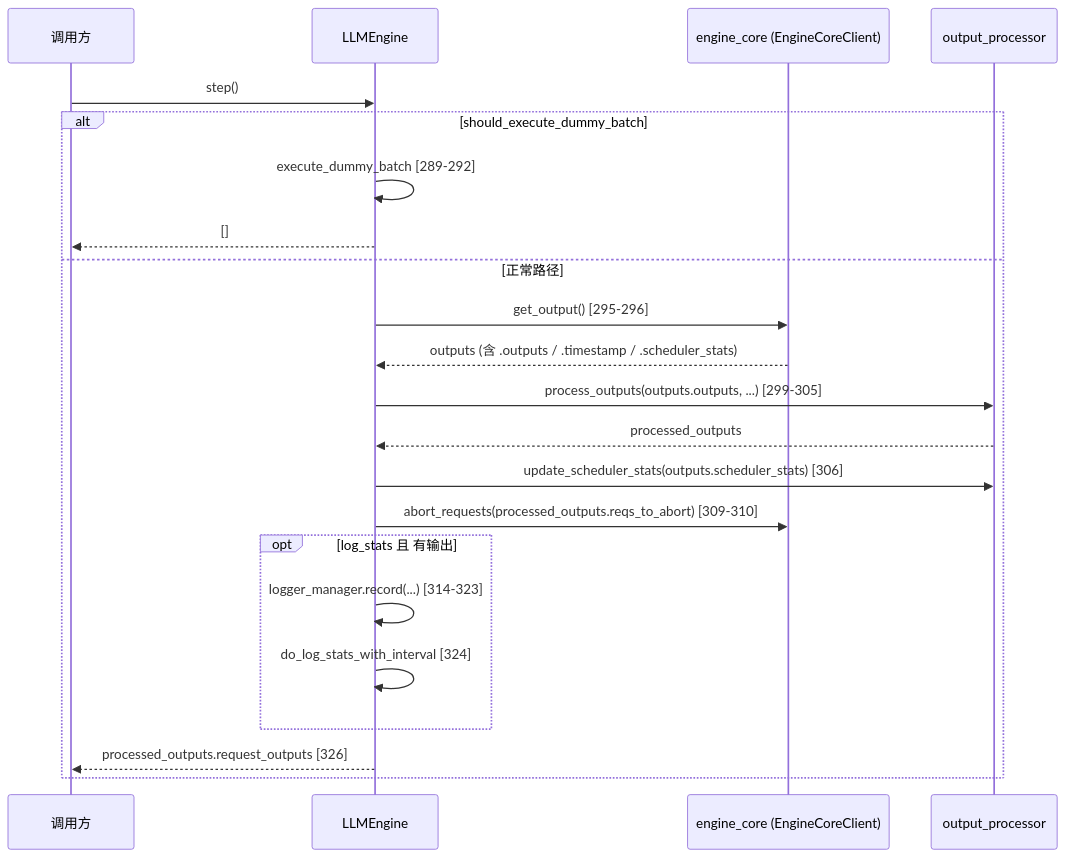
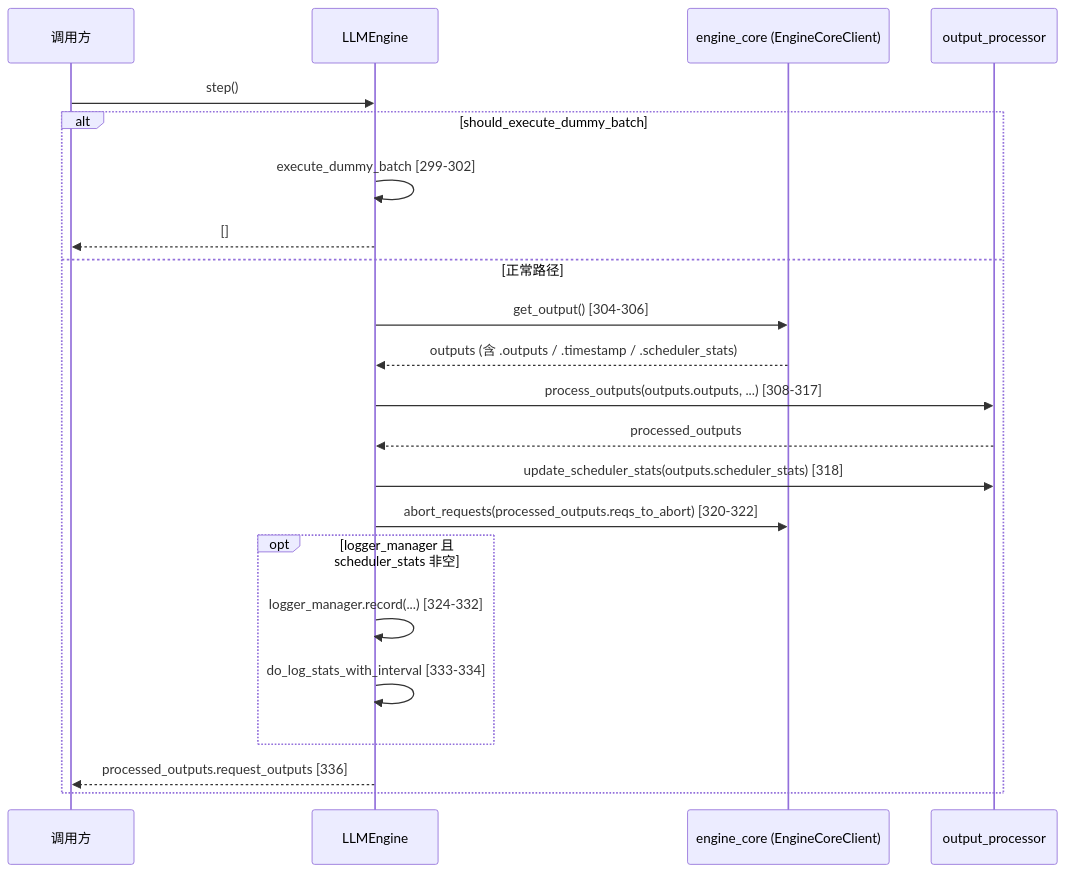
The second of 2 diagrams in vllm/entities/LLMEngine.md (learning-sketch/wiki), drawn with Mermaid before and after one commit. The commit also changed other lines of this file, not shown here.

````diff
--- a/vllm/entities/LLMEngine.md
+++ b/vllm/entities/LLMEngine.md
@@ -105,24 +106,24 @@
 ```mermaid
 sequenceDiagram
     participant U as 调用方
     participant L as LLMEngine
     participant EC as engine_core (EngineCoreClient)
     participant OP as output_processor
     U->>L: step()
     alt should_execute_dummy_batch
-        L->>L: execute_dummy_batch [289-292]
+        L->>L: execute_dummy_batch [299-302]
         L-->>U: []
     else 正常路径
-        L->>EC: get_output() [295-296]
+        L->>EC: get_output() [304-306]
         EC-->>L: outputs (含 .outputs / .timestamp / .scheduler_stats)
-        L->>OP: process_outputs(outputs.outputs, ...) [299-305]
+        L->>OP: process_outputs(outputs.outputs, ...) [308-317]
         OP-->>L: processed_outputs
-        L->>OP: update_scheduler_stats(outputs.scheduler_stats) [306]
-        L->>EC: abort_requests(processed_outputs.reqs_to_abort) [309-310]
-        opt log_stats 且 有输出
-            L->>L: logger_manager.record(...) [314-323]
-            L->>L: do_log_stats_with_interval [324]
+        L->>OP: update_scheduler_stats(outputs.scheduler_stats) [318]
+        L->>EC: abort_requests(processed_outputs.reqs_to_abort) [320-322]
+        opt logger_manager 且 scheduler_stats 非空
+            L->>L: logger_manager.record(...) [324-332]
+            L->>L: do_log_stats_with_interval [333-334]
         end
-        L-->>U: processed_outputs.request_outputs [326]
+        L-->>U: processed_outputs.request_outputs [336]
     end
 ```
````
